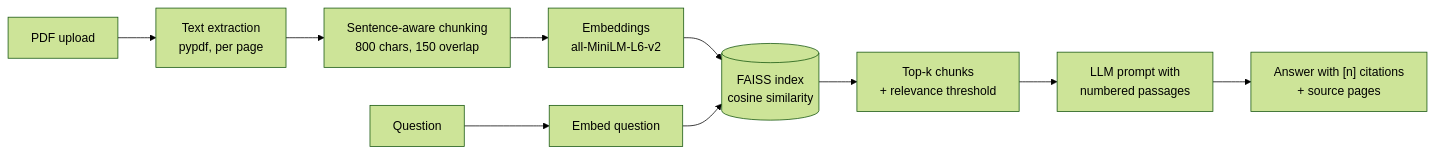
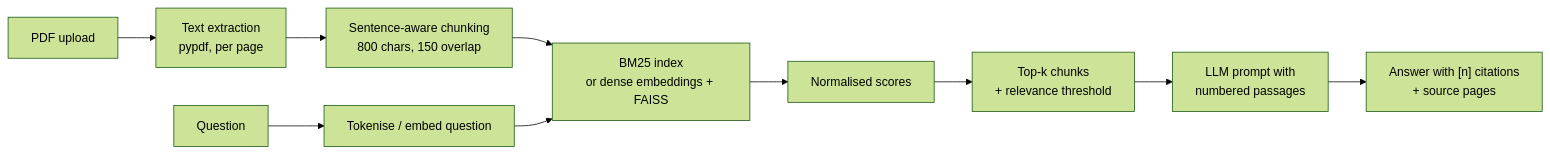
Before and after one commit to mayanklaxkar009/docuquery: the diagram in README.md, drawn with Mermaid (forest theme). The commit also changed other lines of this file and 2 other files, not shown here.

````diff
--- a/README.md
+++ b/README.md
@@ -23,12 +23,12 @@
 ```mermaid
 flowchart LR
     A[PDF upload] --> B[Text extraction<br/>pypdf, per page]
     B --> C[Sentence-aware chunking<br/>800 chars, 150 overlap]
-    C --> D[Embeddings<br/>all-MiniLM-L6-v2]
-    D --> E[(FAISS index<br/>cosine similarity)]
-    Q[Question] --> F[Embed question]
-    F --> E
+    C --> D[BM25 index<br/>or dense embeddings + FAISS]
+    Q[Question] --> F[Tokenise / embed question]
+    F --> D
+    D --> E[Normalised scores]
     E --> G[Top-k chunks<br/>+ relevance threshold]
     G --> H[LLM prompt with<br/>numbered passages]
     H --> I["Answer with [n] citations<br/>+ source pages"]
 ```
````
